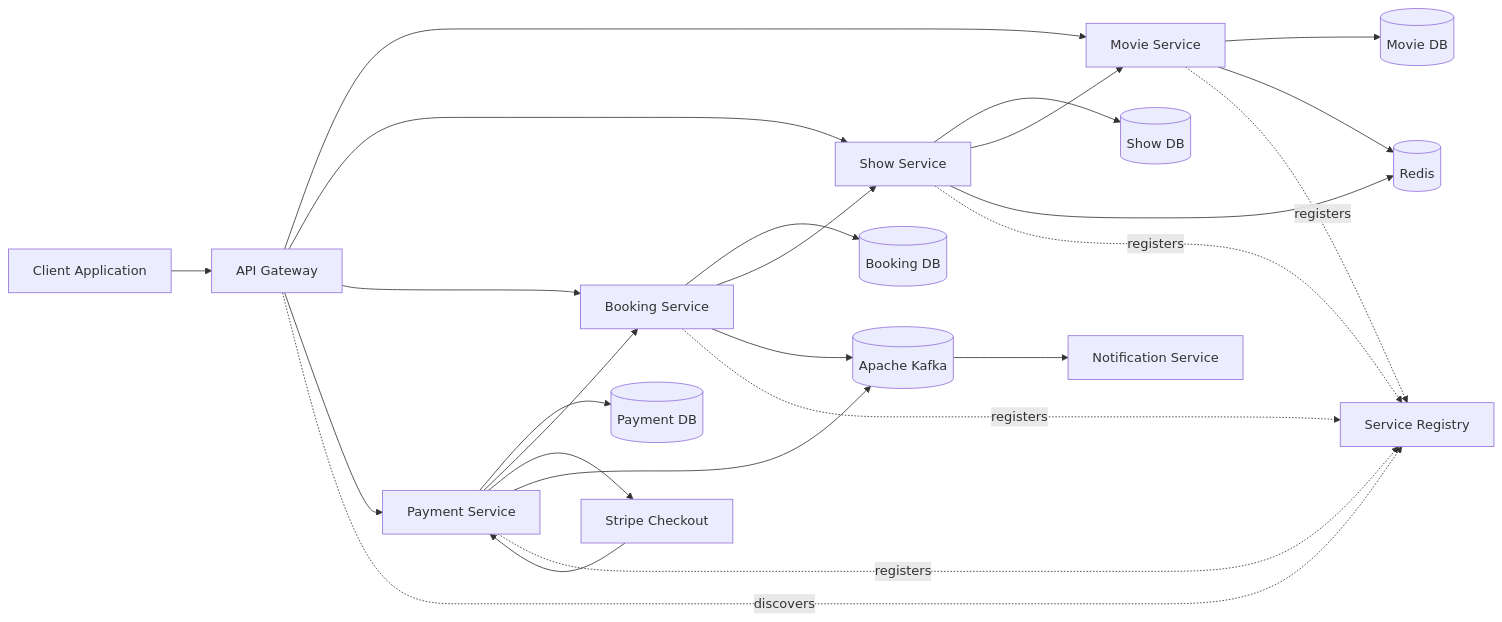
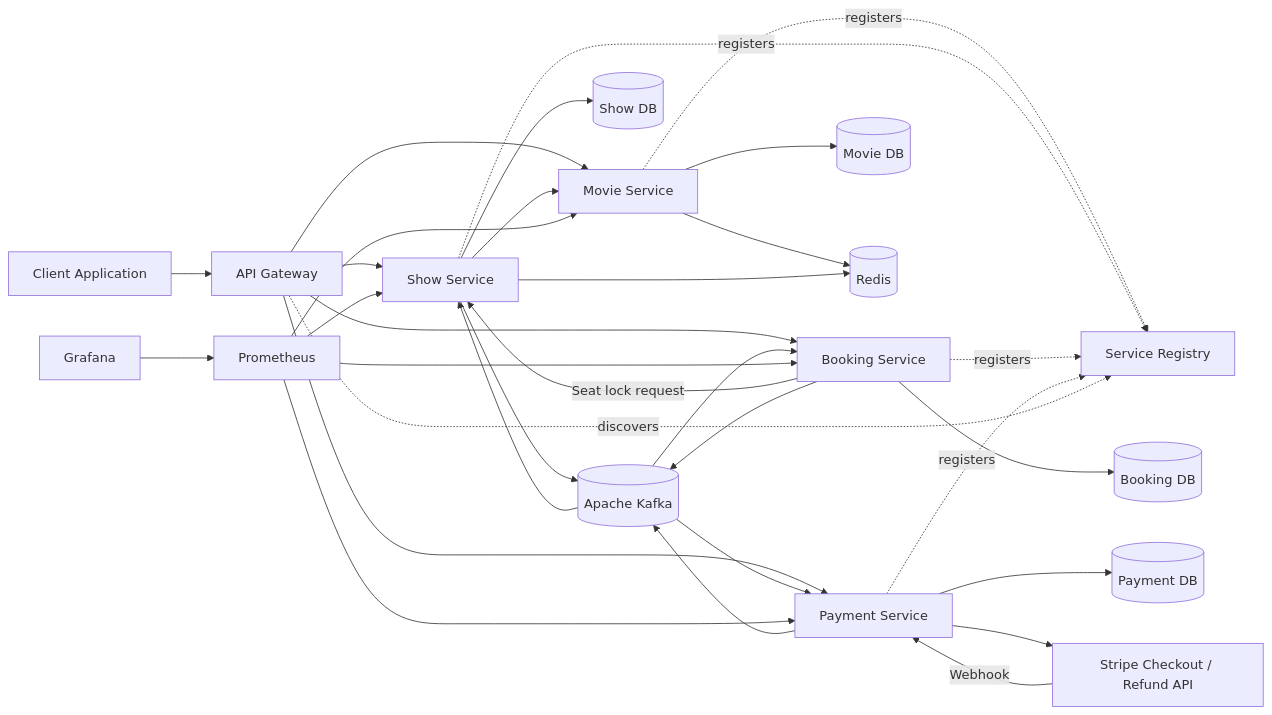
One commit to aparajits814/Microservices_ticketbooking changed the first of 2 diagrams in README.md. Above: the diagram before and after it, drawn with Mermaid. The commit also changed other lines of this file, not shown here.

````diff
--- a/README.md
+++ b/README.md
@@ -25,54 +25,66 @@
 ```mermaid
 flowchart LR
     Client[Client Application]
 
     Gateway[API Gateway]
     Eureka[Service Registry]
 
     Movie[Movie Service]
     Show[Show Service]
     Booking[Booking Service]
     Payment[Payment Service]
-    Notification[Notification Service]
 
-    Redis[(Redis)]
     MovieDB[(Movie DB)]
     ShowDB[(Show DB)]
     BookingDB[(Booking DB)]
     PaymentDB[(Payment DB)]
+    Redis[(Redis)]
 
     Kafka[(Apache Kafka)]
-    Stripe[Stripe Checkout]
+    Stripe[Stripe Checkout / Refund API]
+
+    Prometheus[Prometheus]
+    Grafana[Grafana]
 
     Client --> Gateway
 
     Gateway --> Movie
     Gateway --> Show
     Gateway --> Booking
     Gateway --> Payment
 
     Movie --> MovieDB
     Movie --> Redis
 
     Show --> ShowDB
     Show --> Movie
     Show --> Redis
+
     Booking --> BookingDB
     Payment --> PaymentDB
 
-    Booking --> Show
-    Payment --> Booking
+    Booking -->|Seat lock request| Show
 
     Payment --> Stripe
-    Stripe --> Payment
+    Stripe -->|Webhook| Payment
 
     Payment --> Kafka
     Booking --> Kafka
-    Kafka --> Notification
+    Show --> Kafka
+
+    Kafka --> Booking
+    Kafka --> Show
+    Kafka --> Payment
+
+    Prometheus --> Movie
+    Prometheus --> Show
+    Prometheus --> Booking
+    Prometheus --> Payment
+    Grafana --> Prometheus
 
     Movie -.registers.-> Eureka
     Show -.registers.-> Eureka
     Booking -.registers.-> Eureka
     Payment -.registers.-> Eureka
     Gateway -.discovers.-> Eureka
 ```
````
